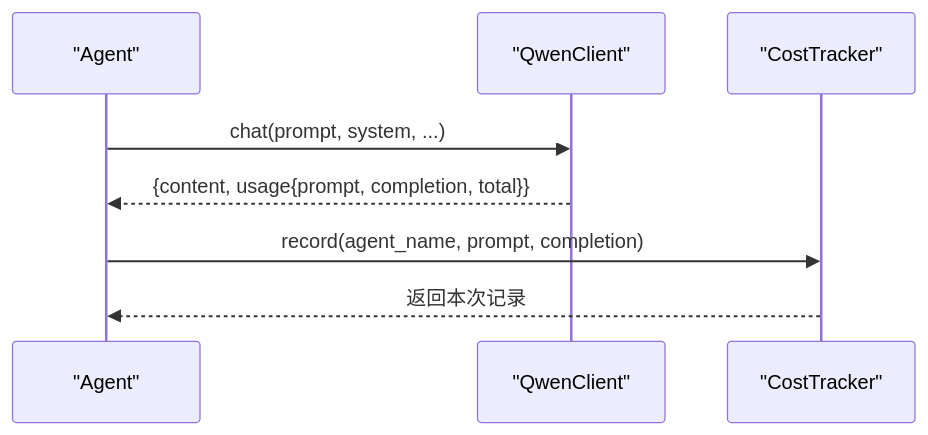
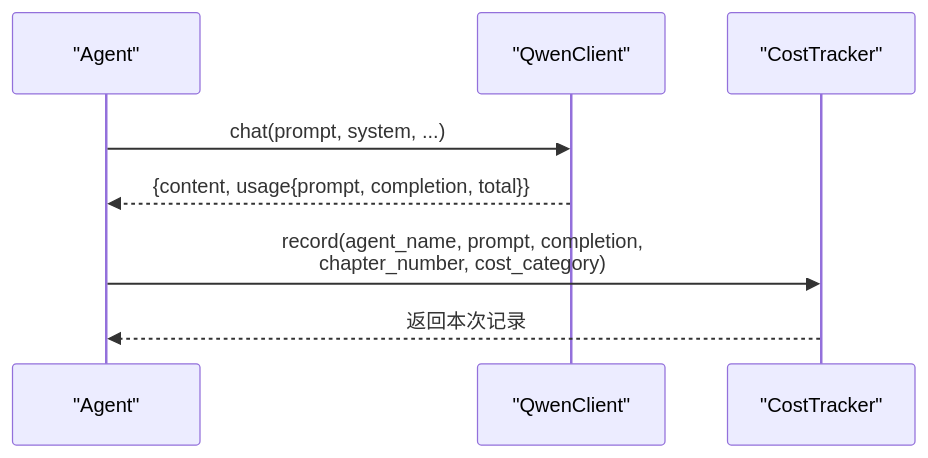
The fourth of 7 diagrams in .qoder/repowiki/zh/content/LLM集成架构/成本追踪系统.md (xfbyxq/ai-novel-system), drawn with Mermaid before and after one commit. The commit also changed other lines of this file and 17 other files, not shown here.

````diff
--- a/.qoder/repowiki/zh/content/LLM集成架构/成本追踪系统.md
+++ b/.qoder/repowiki/zh/content/LLM集成架构/成本追踪系统.md
@@ -211,10 +208,10 @@
 ```mermaid
 sequenceDiagram
 participant Agent as "Agent"
 participant Qwen as "QwenClient"
 participant Tracker as "CostTracker"
 Agent->>Qwen : chat(prompt, system, ...)
 Qwen-->>Agent : {content, usage{prompt, completion, total}}
-Agent->>Tracker : record(agent_name, prompt, completion)
+Agent->>Tracker : record(agent_name, prompt, completion,<br/>chapter_number, cost_category)
 Tracker-->>Agent : 返回本次记录
 ```
````
